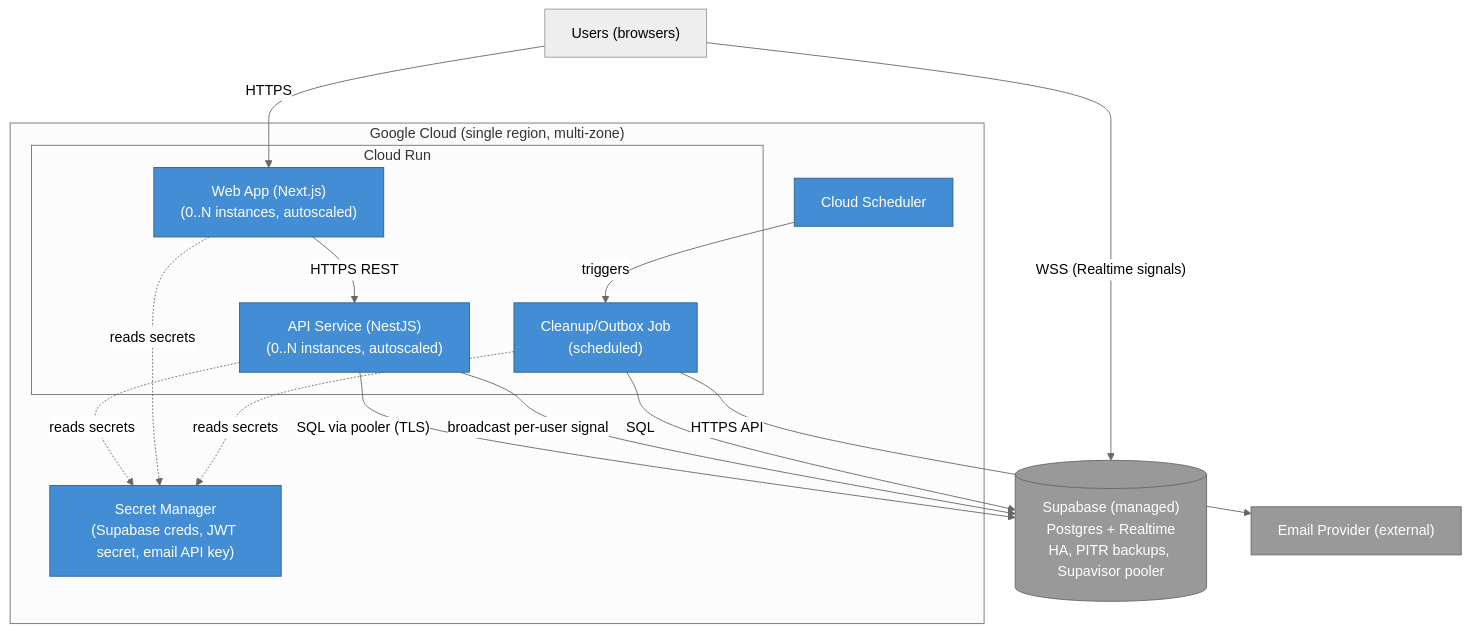
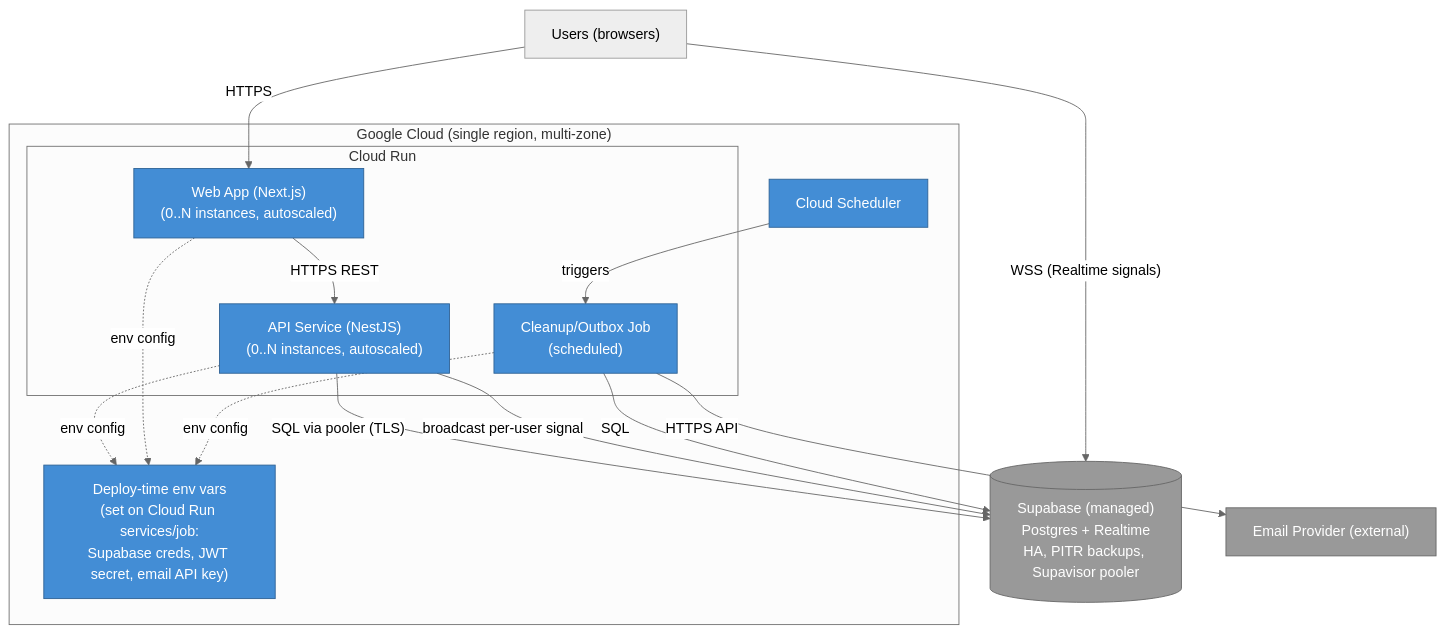
Before and after one commit to zeeshanhanif/todo-list-with-sdlc-skills: the fifth of 5 diagrams in docs/architecture.md, drawn with Mermaid (neutral theme). The commit also changed other lines of this file and 6 other files, not shown here.

First line of the commit message:
Switch deploy secrets from Secret Manager to Cloud Run env vars

````diff
--- a/docs/architecture.md
+++ b/docs/architecture.md
@@ -238,33 +239,33 @@
 ```mermaid
 graph TB
     users["Users (browsers)"]
 
     subgraph gcp["Google Cloud (single region, multi-zone)"]
         subgraph run["Cloud Run"]
             web["Web App (Next.js)<br/>(0..N instances, autoscaled)"]
             api["API Service (NestJS)<br/>(0..N instances, autoscaled)"]
             job["Cleanup/Outbox Job<br/>(scheduled)"]
         end
         sched["Cloud Scheduler"]
-        secrets["Secret Manager<br/>(Supabase creds, JWT secret, email API key)"]
+        secrets["Deploy-time env vars<br/>(set on Cloud Run services/job:<br/>Supabase creds, JWT secret, email API key)"]
     end
     supa[("Supabase (managed)<br/>Postgres + Realtime<br/>HA, PITR backups, Supavisor pooler")]
     email["Email Provider (external)"]
 
     users -->|"HTTPS"| web
     users -->|"WSS (Realtime signals)"| supa
     web -->|"HTTPS REST"| api
     api -->|"SQL via pooler (TLS)"| supa
     api -->|"broadcast per-user signal"| supa
-    api -.->|"reads secrets"| secrets
-    web -.->|"reads secrets"| secrets
+    api -.->|"env config"| secrets
+    web -.->|"env config"| secrets
     sched -->|"triggers"| job
     job -->|"SQL"| supa
     job -->|"HTTPS API"| email
-    job -.->|"reads secrets"| secrets
+    job -.->|"env config"| secrets
 
     classDef ext fill:#999,stroke:#666,color:#fff
     classDef infra fill:#438dd5,stroke:#2e6295,color:#fff
     class email,supa ext
     class web,api,job,sched,secrets infra
 ```
````
